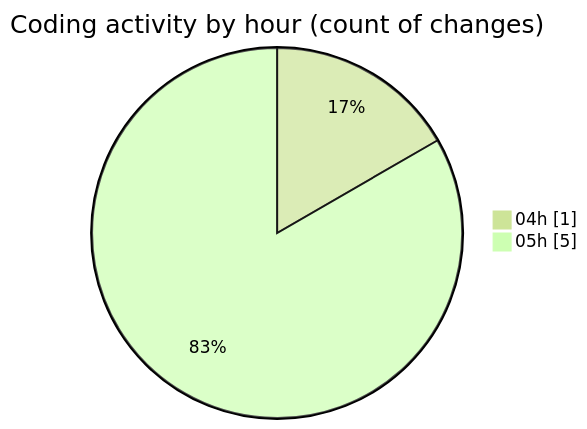
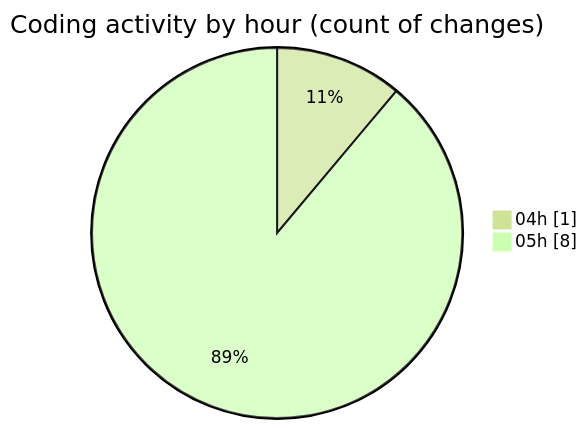
The second of 2 diagrams in 2025-03-24/zeytoon/README.md (vahidmafi/code-tracking), drawn with Mermaid (forest theme) before and after one commit. The commit also changed other lines of this file and 1 other file, not shown here.

````diff
--- a/2025-03-24/zeytoon/README.md
+++ b/2025-03-24/zeytoon/README.md
@@ -33,6 +33,6 @@
 ```mermaid
 pie showData
 title Coding activity by hour (count of changes)
 "04h" : 1
-"05h" : 5
+"05h" : 8
 ```
````
